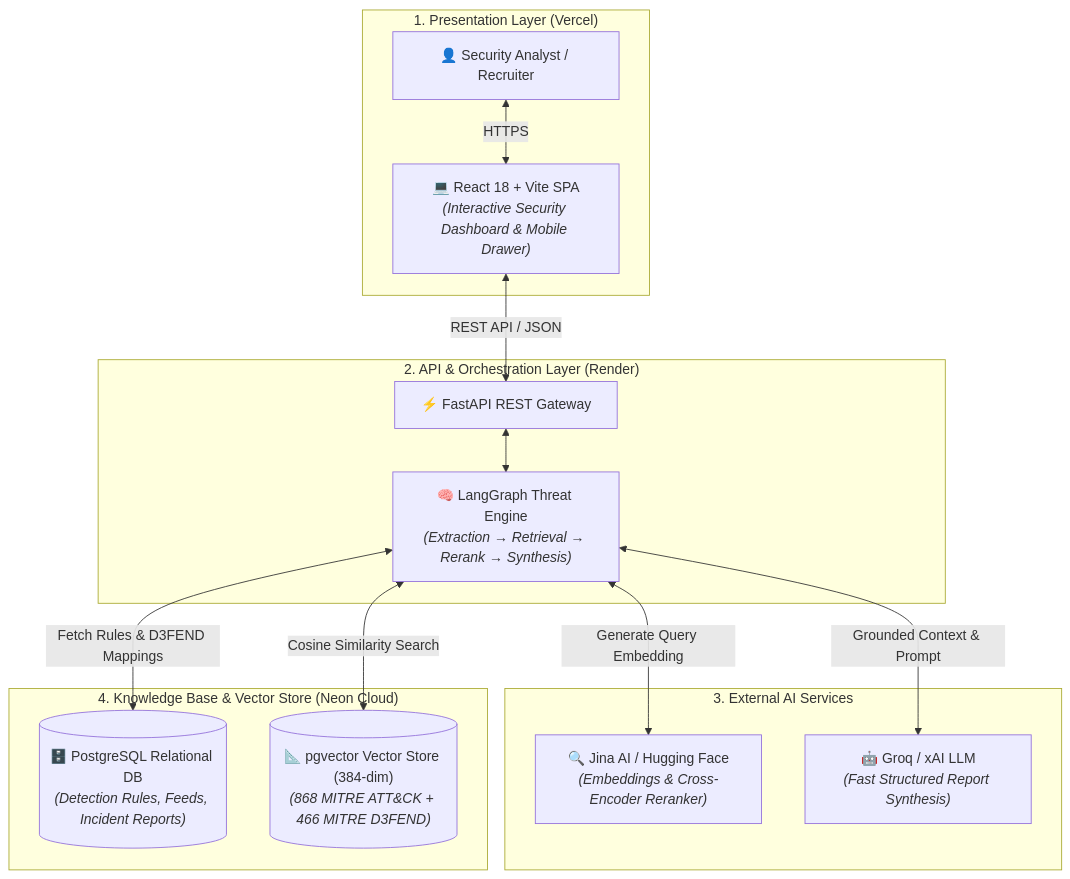
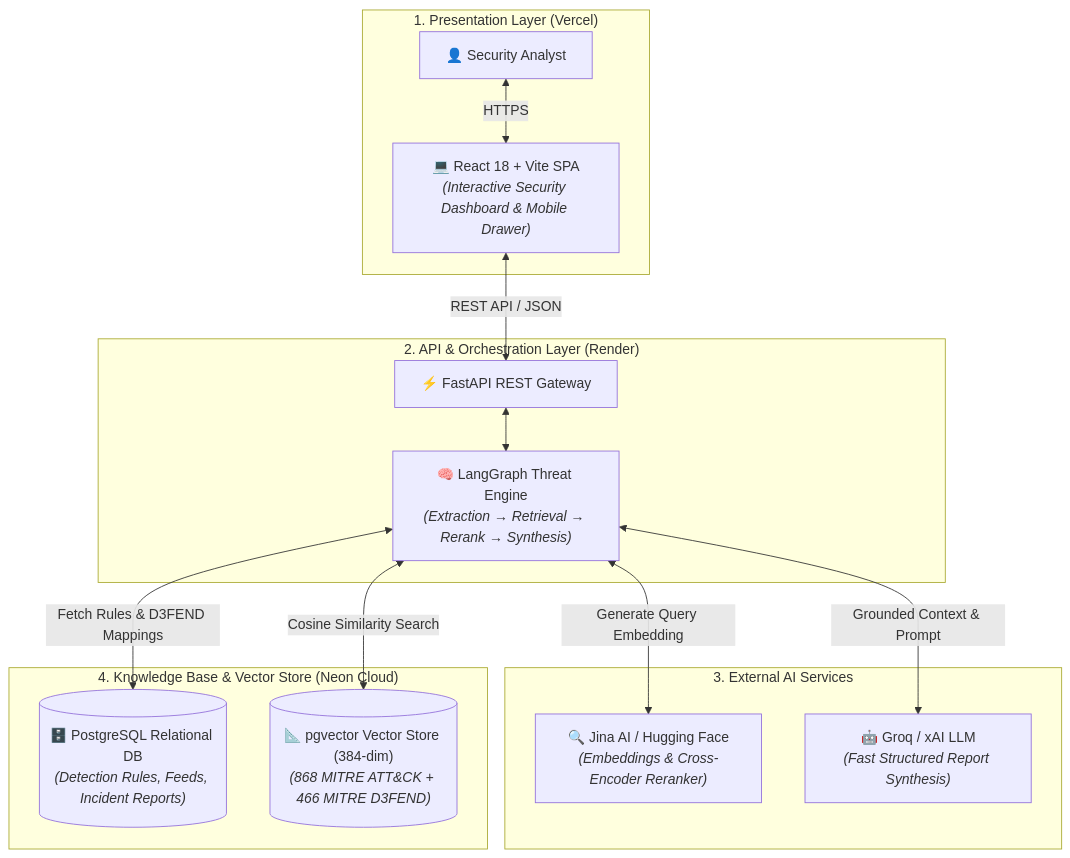
The first of 2 diagrams in README.md (CloudFlamedev/ITDR_RAG_Dashboard), drawn with Mermaid before and after one commit.

Commit message:
fix(docs): update user role description in README for clarity

````diff
--- a/README.md
+++ b/README.md
@@ -86,35 +86,35 @@
 ```mermaid
 flowchart TD
     %% TIER 1: CLIENT & DASHBOARD
     subgraph Tier1 ["1. Presentation Layer (Vercel)"]
-        User["👤 Security Analyst / Recruiter"]
+        User["👤 Security Analyst"]
         Dashboard["💻 React 18 + Vite SPA<br/><i>(Interactive Security Dashboard & Mobile Drawer)</i>"]
         User <-->|HTTPS| Dashboard
     end
 
     %% TIER 2: BACKEND & ORCHESTRATION
     subgraph Tier2 ["2. API & Orchestration Layer (Render)"]
         API["⚡ FastAPI REST Gateway"]
         Workflow["🧠 LangGraph Threat Engine<br/><i>(Extraction → Retrieval → Rerank → Synthesis)</i>"]
         Dashboard <-->|REST API / JSON| API
         API <--> Workflow
     end
 
     %% TIER 3: AI SERVICES
     subgraph Tier3 ["3. External AI Services"]
         Embedder["🔍 Jina AI / Hugging Face<br/><i>(Embeddings & Cross-Encoder Reranker)</i>"]
         LLM["🤖 Groq / xAI LLM<br/><i>(Fast Structured Report Synthesis)</i>"]
     end
 
     %% TIER 4: DATABASE & KNOWLEDGE BASE
     subgraph Tier4 ["4. Knowledge Base & Vector Store (Neon Cloud)"]
         RelationalDB[("🗄️ PostgreSQL Relational DB<br/><i>(Detection Rules, Feeds, Incident Reports)</i>")]
         VectorStore[("📐 pgvector Vector Store (384-dim)<br/><i>(868 MITRE ATT&CK + 466 MITRE D3FEND)</i>")]
     end
 
     %% FLOW CONNECTIONS
     Workflow <-->|Generate Query Embedding| Embedder
     Workflow <-->|Cosine Similarity Search| VectorStore
     Workflow <-->|Fetch Rules & D3FEND Mappings| RelationalDB
     Workflow <-->|Grounded Context & Prompt| LLM
 ```
````
